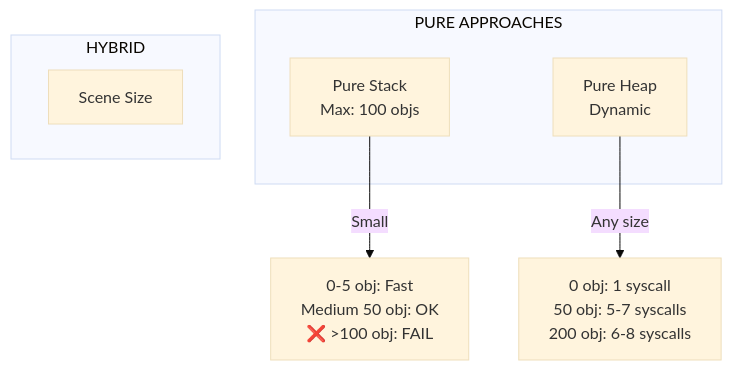
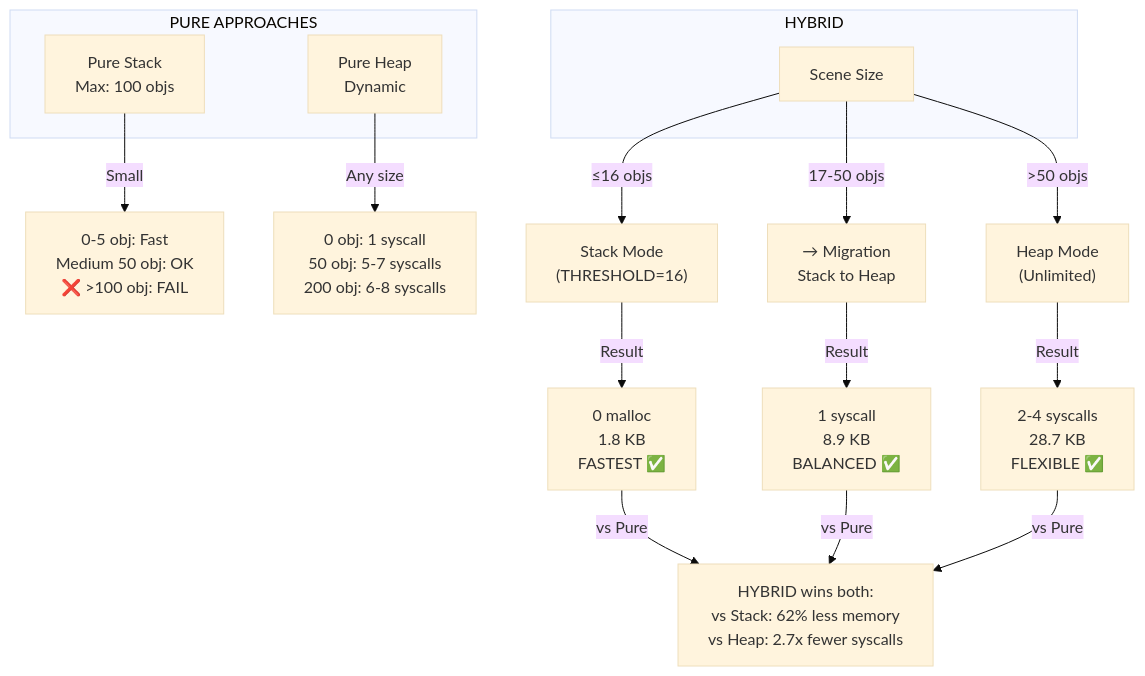
The diagram in docs/architecture/architecture_comparisson.md (alexostn/miniRT_decoded), drawn with Mermaid (base theme) before and after one commit.

````diff
--- a/docs/architecture/architecture_comparisson.md
+++ b/docs/architecture/architecture_comparisson.md
@@ -31,14 +31,24 @@
 ```mermaid
 graph TD
     subgraph Pure["PURE APPROACHES"]
         PS["Pure Stack<br/>Max: 100 objs"]
         PH["Pure Heap<br/>Dynamic"]
     end
     
     PS -->|Small| PS1["0-5 obj: Fast<br/>Medium 50 obj: OK<br/>❌ >100 obj: FAIL"]
     PH -->|Any size| PH1["0 obj: 1 syscall<br/>50 obj: 5-7 syscalls<br/>200 obj: 6-8 syscalls"]
     
     subgraph Hybrid[" HYBRID "]
         Scene["Scene Size"]
     end
+    
+    Scene -->|≤16 objs| Stack["Stack Mode<br/>(THRESHOLD=16)"]
+    Scene -->|17-50 objs| Migrate["→ Migration<br/>Stack to Heap"]
+    Scene -->|>50 objs| Heap["Heap Mode<br/>(Unlimited)"]
+    
+    Stack -->|Result| R1["0 malloc<br/>1.8 KB<br/>FASTEST ✅"]
+    Migrate -->|Result| R2["1 syscall<br/>8.9 KB<br/>BALANCED ✅"]
+    Heap -->|Result| R3["2-4 syscalls<br/>28.7 KB<br/>FLEXIBLE ✅"]
+    
+    R1 & R2 & R3 -->|vs Pure| Winner["HYBRID wins both:<br/>vs Stack: 62% less memory<br/>vs Heap: 2.7x fewer syscalls"]
 ```
````
